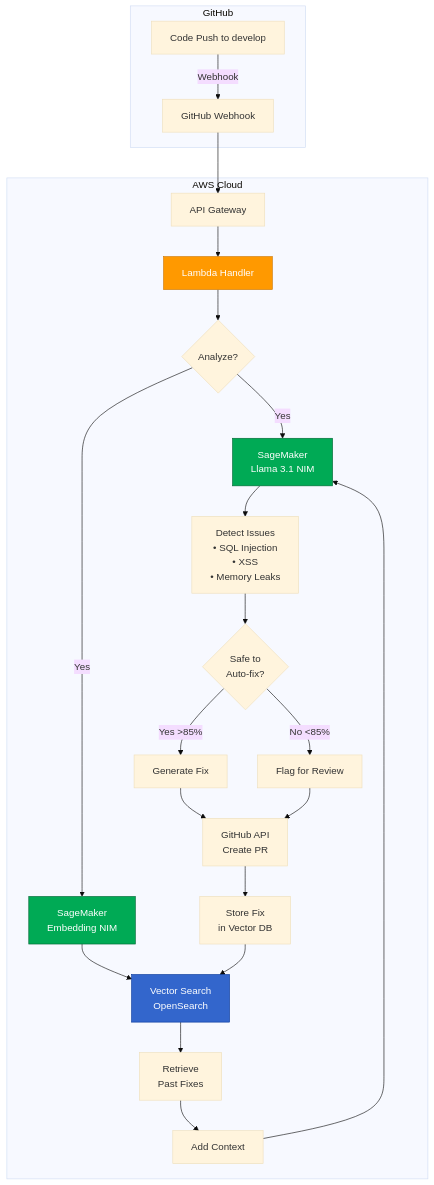
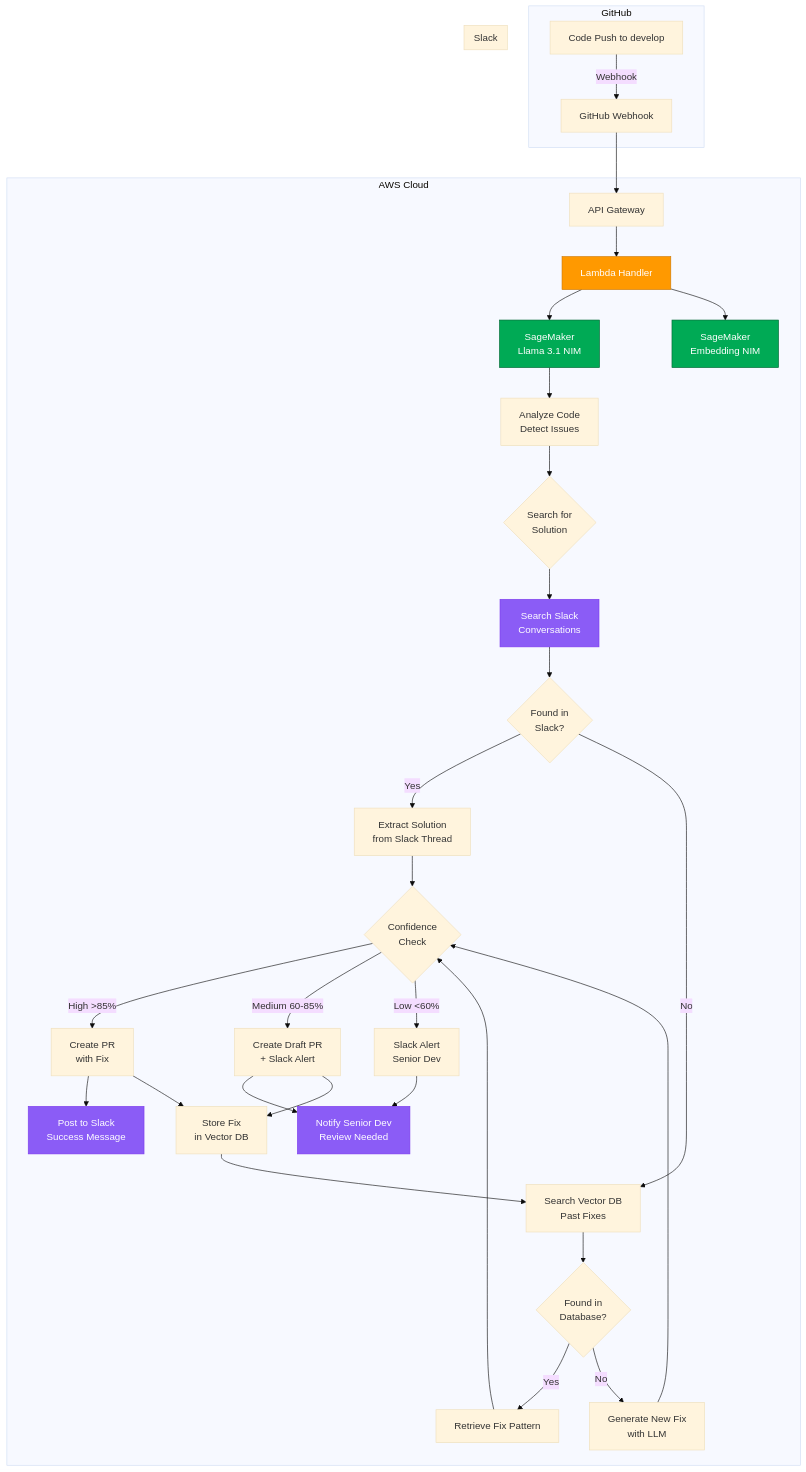
The diagram in README.md (sinhaparth5/code-healer), drawn with Mermaid (base theme) before and after one commit. The commit also changed other lines of this file, not shown here.

First line of the commit message:
Revise README for AutoFix project updates

````diff
--- a/README.md
+++ b/README.md
@@ -25,37 +39,58 @@
 ```mermaid
 graph TD
     subgraph GitHub
         A[Code Push to develop] -->|Webhook| B[GitHub Webhook]
     end
 
     subgraph AWS Cloud
         B --> C[API Gateway]
         C --> D[Lambda Handler]
         
-        D --> E{Analyze?}
-        E -->|Yes| F[SageMaker<br/>Llama 3.1 NIM]
-        E -->|Yes| G[SageMaker<br/>Embedding NIM]
+        D --> E[SageMaker<br/>Llama 3.1 NIM]
+        D --> F[SageMaker<br/>Embedding NIM]
         
-        F --> H[Detect Issues<br/>• SQL Injection<br/>• XSS<br/>• Memory Leaks]
+        E --> G[Analyze Code<br/>Detect Issues]
         
-        G --> I[Vector Search<br/>OpenSearch]
-        I --> J[Retrieve<br/>Past Fixes]
-        J --> K[Add Context]
-        K --> F
+        G --> H{Search for<br/>Solution}
         
-        H --> L{Safe to<br/>Auto-fix?}
-        L -->|Yes >85%| M[Generate Fix]
-        L -->|No <85%| N[Flag for Review]
+        H --> I[Search Slack<br/>Conversations]
+        I --> J{Found in<br/>Slack?}
         
-        M --> O[GitHub API<br/>Create PR]
-        N --> O
+        J -->|Yes| K[Extract Solution<br/>from Slack Thread]
+        J -->|No| L[Search Vector DB<br/>Past Fixes]
         
-        O --> P[Store Fix<br/>in Vector DB]
-        P --> I
+        L --> M{Found in<br/>Database?}
+        M -->|Yes| N[Retrieve Fix Pattern]
+        M -->|No| O[Generate New Fix<br/>with LLM]
+        
+        K --> P{Confidence<br/>Check}
+        N --> P
+        O --> P
+        
+        P -->|High >85%| Q[Create PR<br/>with Fix]
+        P -->|Medium 60-85%| R[Create Draft PR<br/>+ Slack Alert]
+        P -->|Low <60%| S[Slack Alert<br/>Senior Dev]
+        
+        Q --> T[Post to Slack<br/>Success Message]
+        R --> U[Notify Senior Dev<br/>Review Needed]
+        S --> U
+        
+        Q --> V[Store Fix<br/>in Vector DB]
+        R --> V
+        
+        V --> L
     end
 
+    subgraph Slack
+        I
+        T
+        U
+    end
+
+    style E fill:#00aa55,stroke:#006633,color:white
     style F fill:#00aa55,stroke:#006633,color:white
-    style G fill:#00aa55,stroke:#006633,color:white
     style D fill:#ff9900,stroke:#cc7700,color:white
-    style I fill:#3366cc,stroke:#003399,color:white
+    style I fill:#8b5cf6,stroke:#7c3aed,color:white
+    style T fill:#8b5cf6,stroke:#7c3aed,color:white
+    style U fill:#8b5cf6,stroke:#7c3aed,color:white
 ```
````
